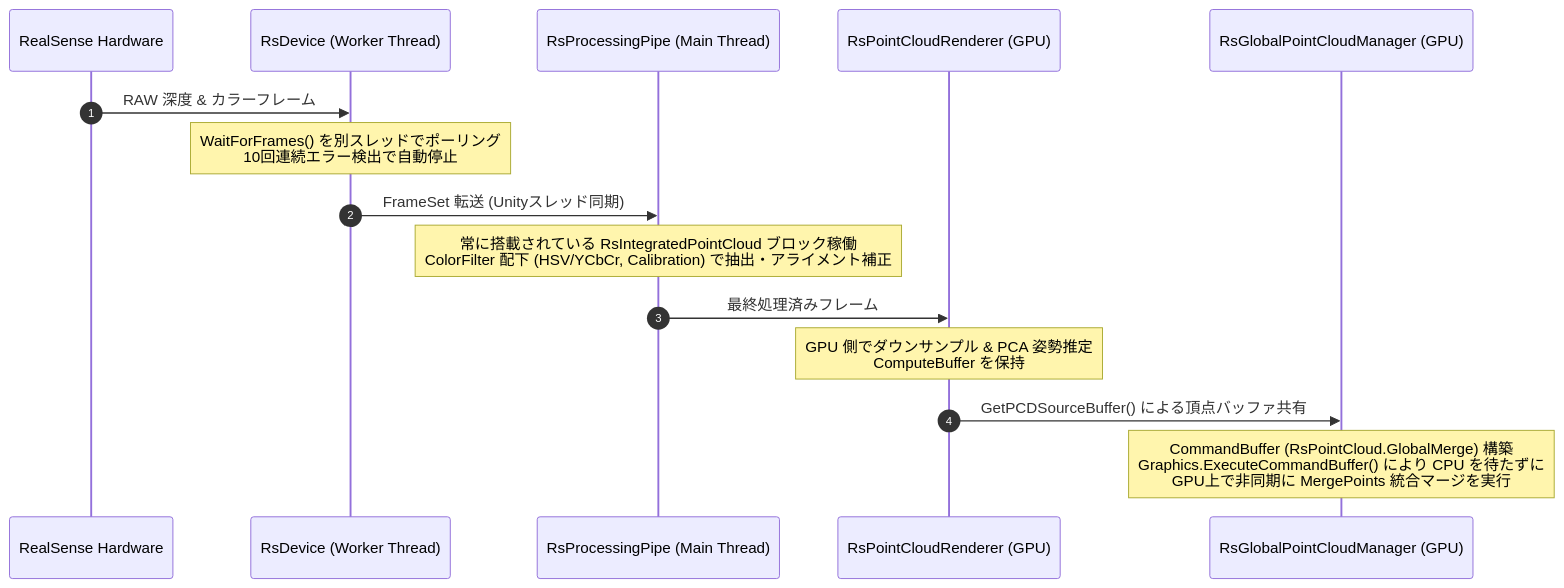
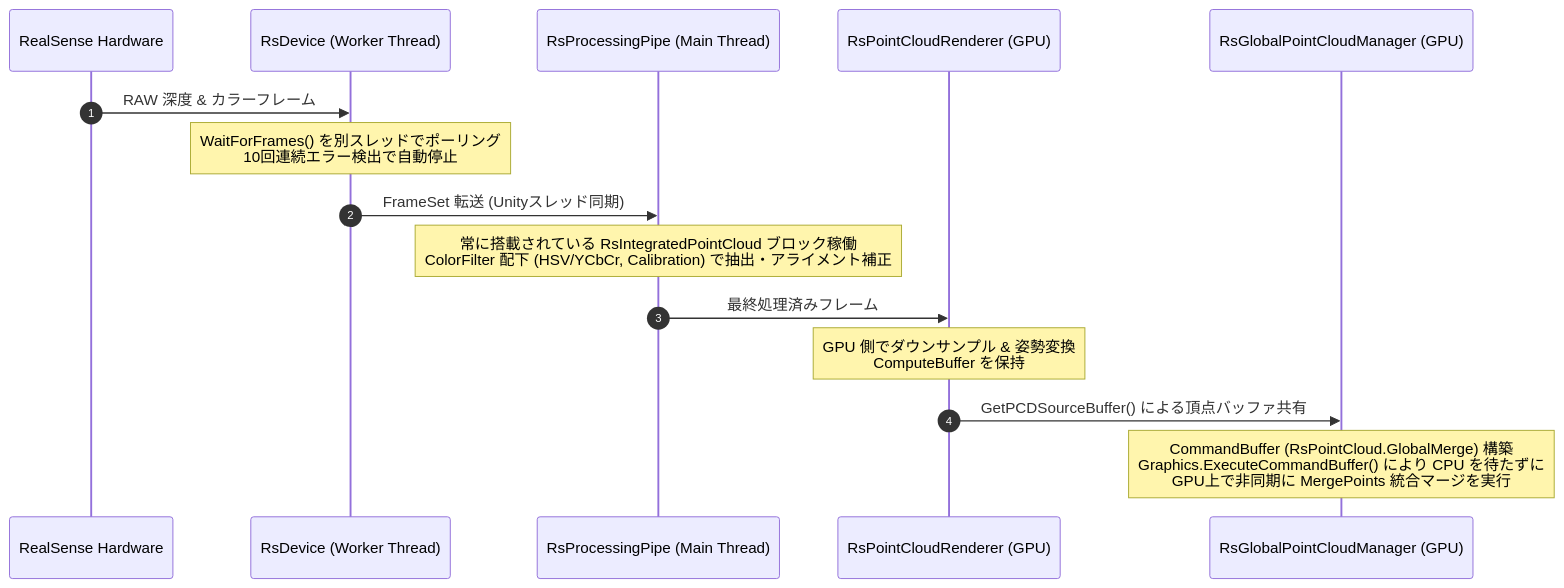
One commit to kotetsuOU/HandTrakingDemo changed the diagram in Docs/PointCloudPipeline.md. Above: the diagram before and after it, drawn with Mermaid. The commit also changed other lines of this file and 362 other files, not shown here.

````diff
--- a/Docs/PointCloudPipeline.md
+++ b/Docs/PointCloudPipeline.md
@@ -54,18 +47,18 @@
 ```mermaid
 sequenceDiagram
     autonumber
     participant HW as RealSense Hardware
     participant Dev as RsDevice (Worker Thread)
     participant Pipe as RsProcessingPipe (Main Thread)
     participant Render as RsPointCloudRenderer (GPU)
     participant Global as RsGlobalPointCloudManager (GPU)
 
     HW->>Dev: RAW 深度 & カラーフレーム
     Note over Dev: WaitForFrames() を別スレッドでポーリング<br/>10回連続エラー検出で自動停止
     Dev->>Pipe: FrameSet 転送 (Unityスレッド同期)
     Note over Pipe: 常に搭載されている RsIntegratedPointCloud ブロック稼働<br/>ColorFilter 配下 (HSV/YCbCr, Calibration) で抽出・アライメント補正
     Pipe->>Render: 最終処理済みフレーム
-    Note over Render: GPU 側でダウンサンプル & PCA 姿勢推定<br/>ComputeBuffer を保持
+    Note over Render: GPU 側でダウンサンプル & 姿勢変換<br/>ComputeBuffer を保持
     Render->>Global: GetPCDSourceBuffer() による頂点バッファ共有
     Note over Global: CommandBuffer (RsPointCloud.GlobalMerge) 構築<br/>Graphics.ExecuteCommandBuffer() により CPU を待たずに<br/>GPU上で非同期に MergePoints 統合マージを実行
 ```
````
